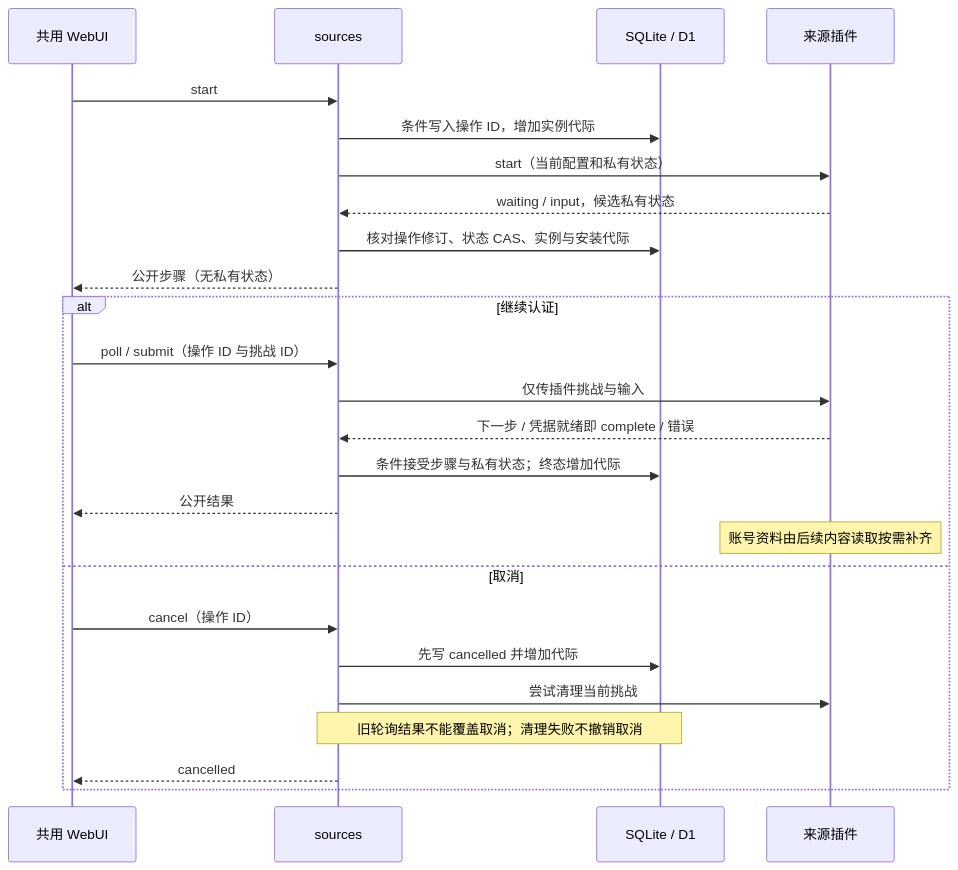
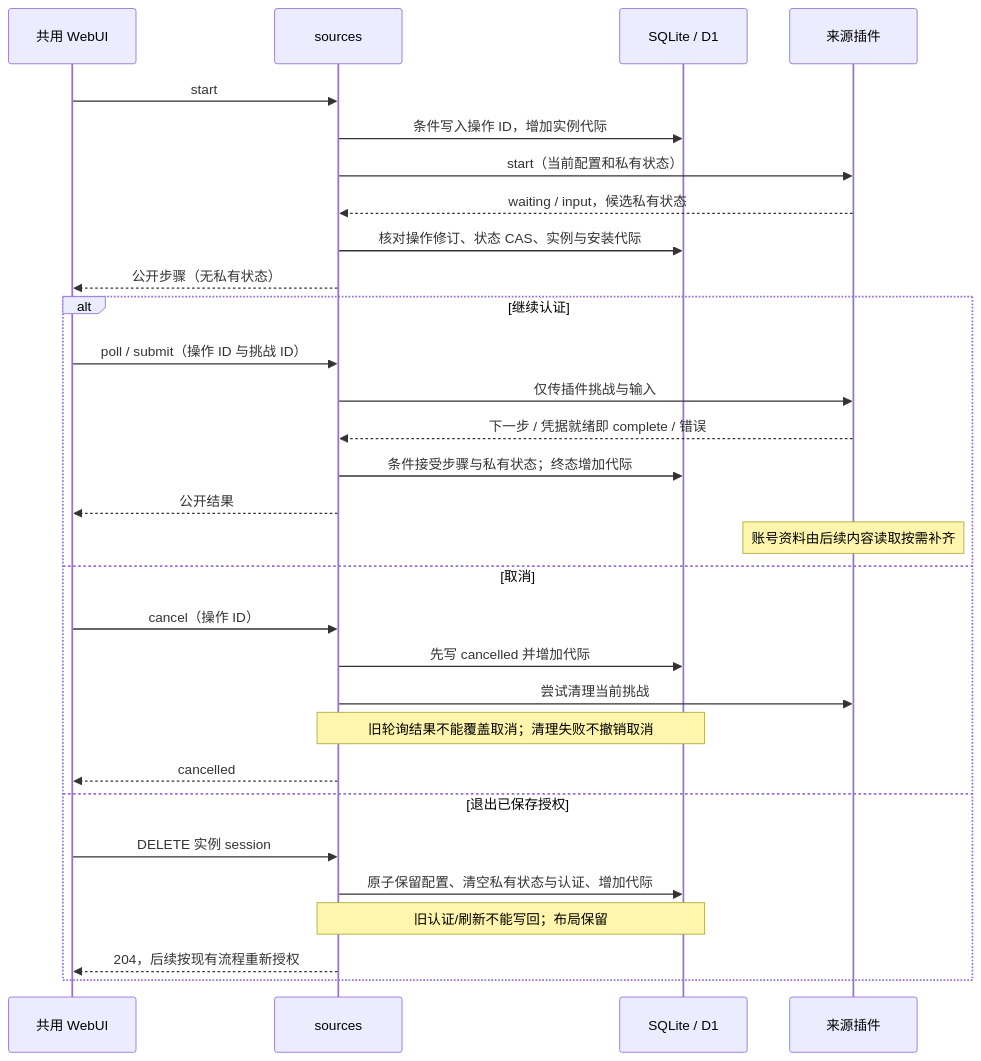
One commit to shengyusi-SYS/musicfs changed the fifth of 14 diagrams in docs/architecture/diagrams.md. Above: the diagram before and after it, drawn with Mermaid. The commit also changed other lines of this file and 11 other files, not shown here.

````diff
--- a/docs/architecture/diagrams.md
+++ b/docs/architecture/diagrams.md
@@ -163,27 +168,32 @@
 ```mermaid
 sequenceDiagram
   participant W as 共用 WebUI
   participant S as sources
   participant D as SQLite / D1
   participant P as 来源插件
   W->>S: start
   S->>D: 条件写入操作 ID，增加实例代际
   S->>P: start（当前配置和私有状态）
   P-->>S: waiting / input，候选私有状态
   S->>D: 核对操作修订、状态 CAS、实例与安装代际
   S-->>W: 公开步骤（无私有状态）
   alt 继续认证
     W->>S: poll / submit（操作 ID 与挑战 ID）
     S->>P: 仅传插件挑战与输入
     P-->>S: 下一步 / 凭据就绪即 complete / 错误
     S->>D: 条件接受步骤与私有状态；终态增加代际
     S-->>W: 公开结果
     Note over P: 账号资料由后续内容读取按需补齐
   else 取消
     W->>S: cancel（操作 ID）
     S->>D: 先写 cancelled 并增加代际
     S->>P: 尝试清理当前挑战
     Note over S,D: 旧轮询结果不能覆盖取消；清理失败不撤销取消
     S-->>W: cancelled
+  else 退出已保存授权
+    W->>S: DELETE 实例 session
+    S->>D: 原子保留配置、清空私有状态与认证、增加代际
+    Note over S,D: 旧认证/刷新不能写回；布局保留
+    S-->>W: 204，后续按现有流程重新授权
   end
 ```
````
